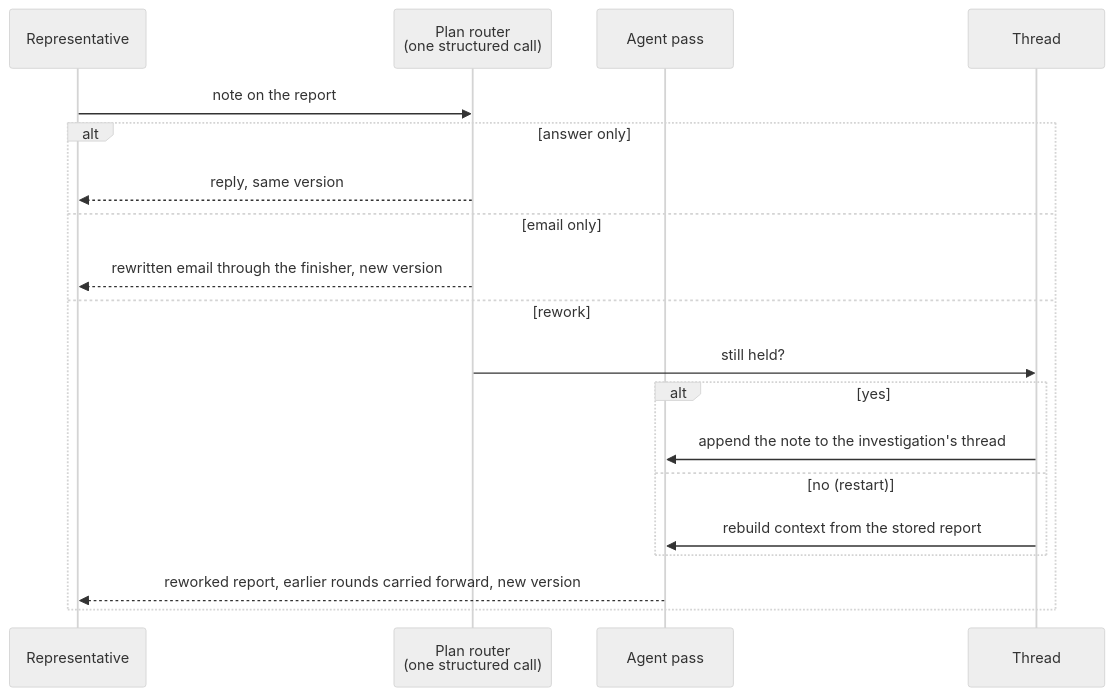
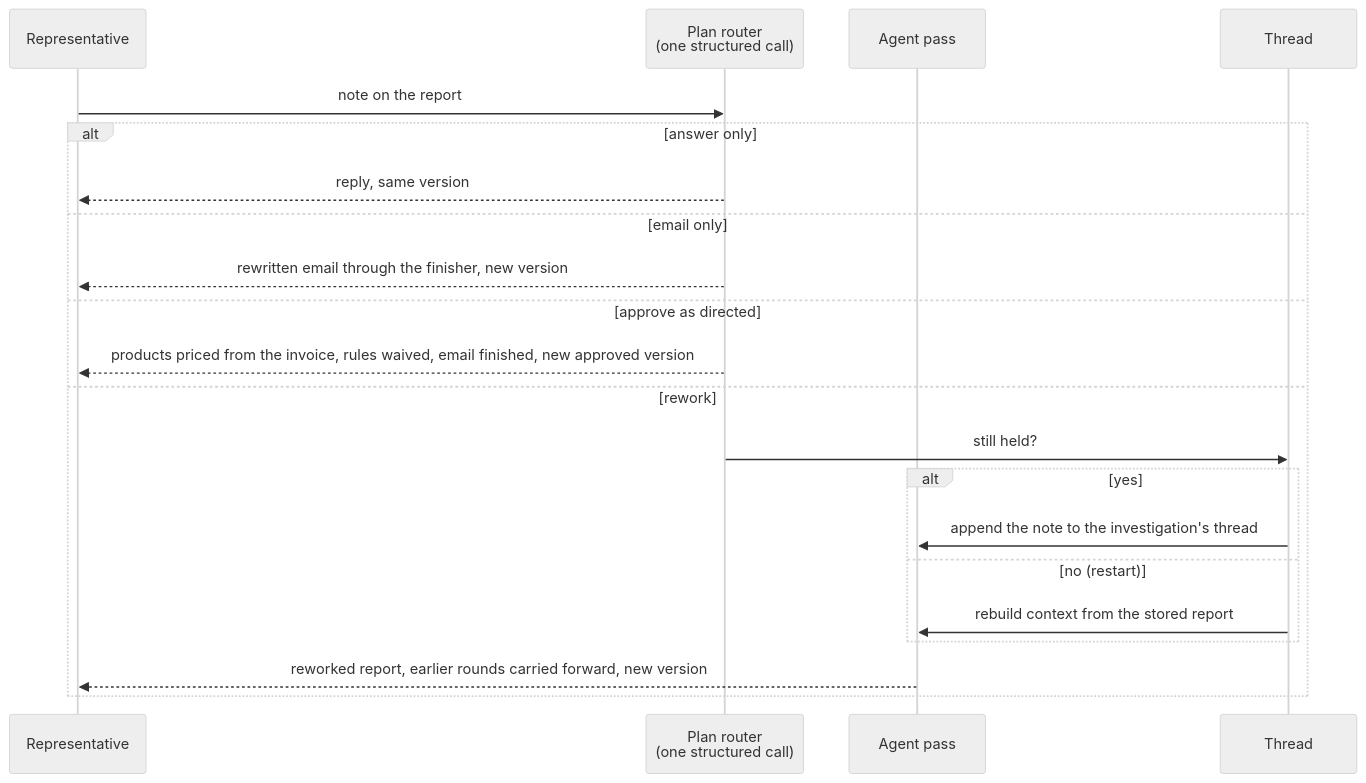
The third of 3 diagrams in ARCHITECTURE.md (medsriha/claim-agent), drawn with Mermaid (neutral theme) before and after one commit. The commit also changed other lines of this file and 8 other files, not shown here.

````diff
--- a/ARCHITECTURE.md
+++ b/ARCHITECTURE.md
@@ -134,21 +134,23 @@
 ```mermaid
 sequenceDiagram
     participant R as Representative
     participant P as Plan router<br/>(one structured call)
     participant A as Agent pass
     participant T as Thread
     R->>P: note on the report
     alt answer only
         P-->>R: reply, same version
     else email only
         P-->>R: rewritten email through the finisher, new version
+    else approve as directed
+        P-->>R: products priced from the invoice, rules waived, email finished, new approved version
     else rework
         P->>T: still held?
         alt yes
             T->>A: append the note to the investigation's thread
         else no (restart)
             T->>A: rebuild context from the stored report
         end
         A-->>R: reworked report, earlier rounds carried forward, new version
     end
 ```
````
